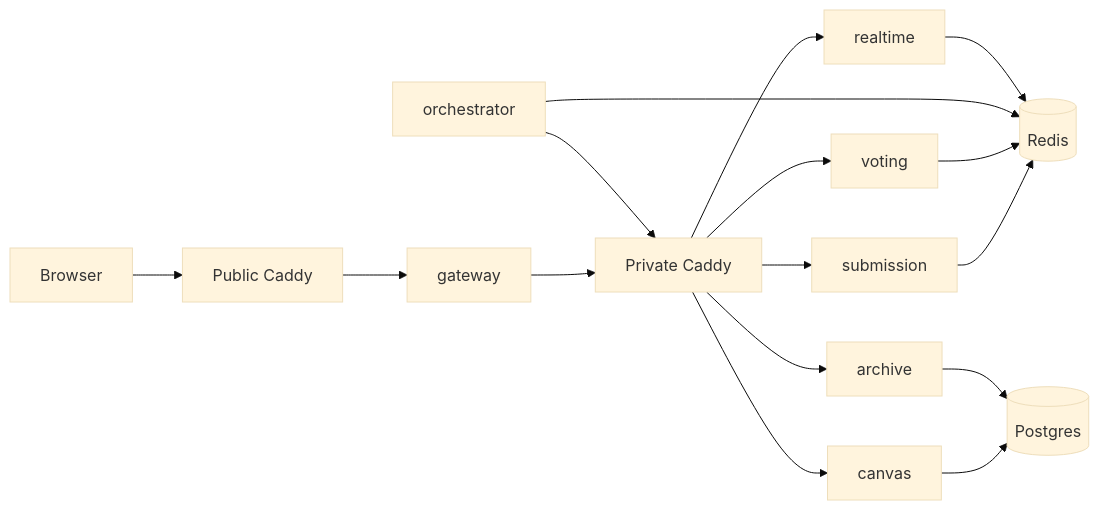
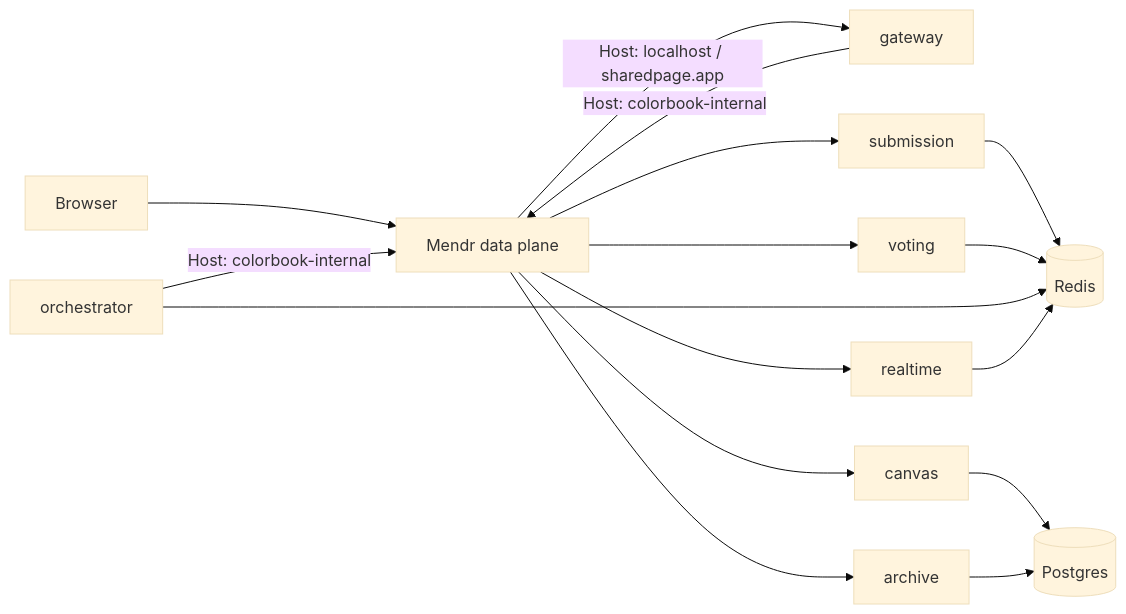
The diagram in README.md (ashcode64/letswritetogether), drawn with Mermaid (base theme) before and after one commit. The commit also changed other lines of this file and 28 other files, not shown here.

First line of the commit message:
Replace Caddy with Mendr dual-host ingress and auto-register on deploy.

````diff
--- a/README.md
+++ b/README.md
@@ -68,18 +68,18 @@
 ```mermaid
 flowchart LR
-  browser[Browser] --> edge[Public Caddy]
-  edge --> gateway[gateway]
-  gateway --> proxy[Private Caddy]
-  orchestrator[orchestrator] --> proxy
-  proxy --> submission[submission]
-  proxy --> voting[voting]
-  proxy --> canvas[canvas]
-  proxy --> realtime[realtime]
-  proxy --> archive[archive]
+  browser[Browser] --> mendr[Mendr data plane]
+  mendr -->|"Host: localhost / sharedpage.app"| gateway[gateway]
+  gateway -->|"Host: colorbook-internal"| mendr
+  orchestrator[orchestrator] -->|"Host: colorbook-internal"| mendr
+  mendr --> submission[submission]
+  mendr --> voting[voting]
+  mendr --> canvas[canvas]
+  mendr --> realtime[realtime]
+  mendr --> archive[archive]
   submission --> redis[(Redis)]
   voting --> redis
   orchestrator --> redis
   realtime --> redis
   canvas --> pg[(Postgres)]
   archive --> pg
 ```
````
